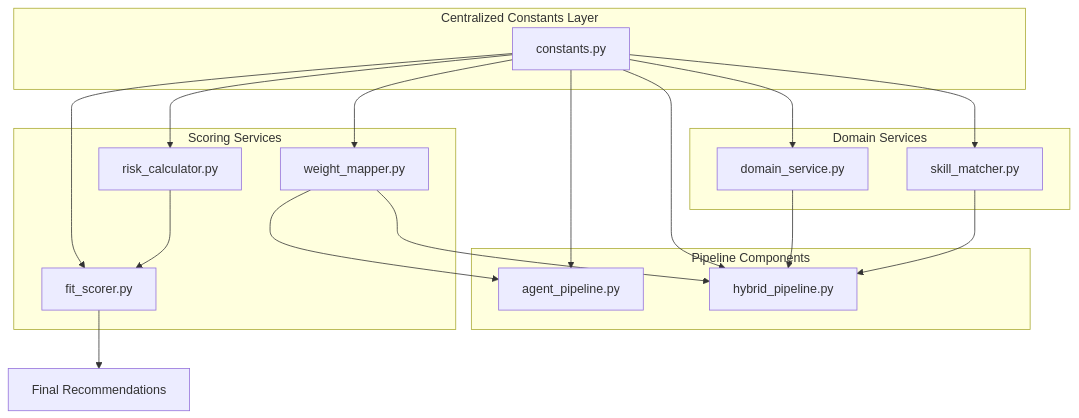
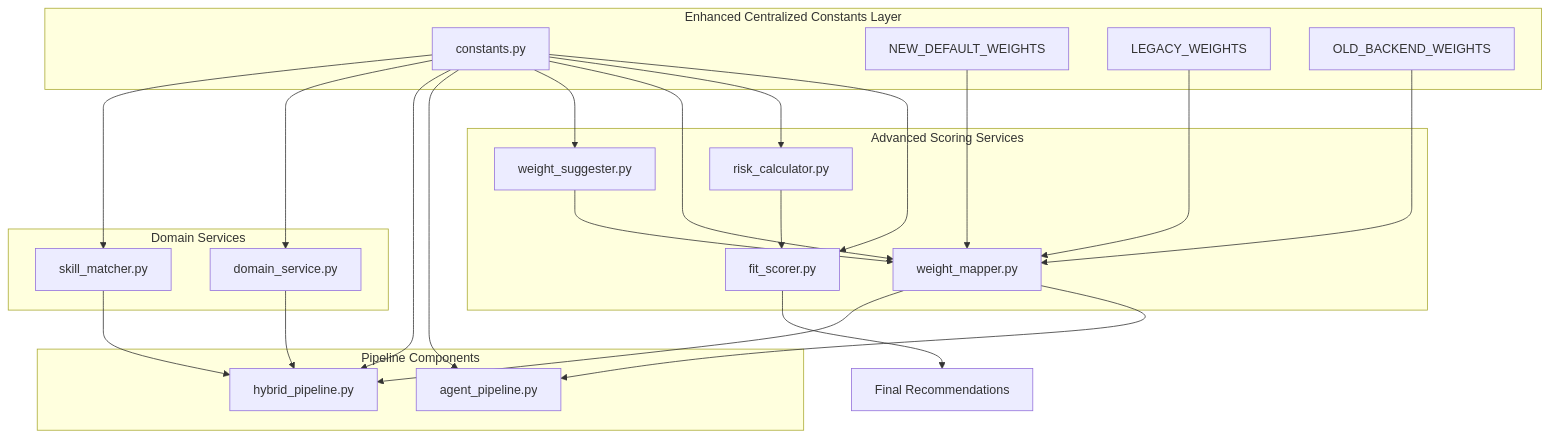
The second of 6 diagrams in .qoder/repowiki/en/content/Analysis Engine/Centralized Constants Module.md (Revanththetalogics/aireume), drawn with Mermaid before and after one commit. The commit also changed other lines of this file and 41 other files, not shown here.

````diff
--- a/.qoder/repowiki/en/content/Analysis Engine/Centralized Constants Module.md
+++ b/.qoder/repowiki/en/content/Analysis Engine/Centralized Constants Module.md
@@ -142,32 +152,41 @@
 ```mermaid
 graph TB
-subgraph "Centralized Constants Layer"
+subgraph "Enhanced Centralized Constants Layer"
 A[constants.py]
+B[NEW_DEFAULT_WEIGHTS]
+C[LEGACY_WEIGHTS]
+D[OLD_BACKEND_WEIGHTS]
 end
-subgraph "Scoring Services"
-B[fit_scorer.py]
-C[risk_calculator.py]
-D[weight_mapper.py]
+subgraph "Advanced Scoring Services"
+E[fit_scorer.py]
+F[risk_calculator.py]
+G[weight_mapper.py]
+H[weight_suggester.py]
 end
 subgraph "Pipeline Components"
-E[agent_pipeline.py]
-F[hybrid_pipeline.py]
+I[agent_pipeline.py]
+J[hybrid_pipeline.py]
 end
 subgraph "Domain Services"
-G[domain_service.py]
-H[skill_matcher.py]
+K[domain_service.py]
+L[skill_matcher.py]
 end
-A --> B
-A --> C
-A --> D
 A --> E
 A --> F
 A --> G
 A --> H
-B --> I[Final Recommendations]
-C --> B
-D --> E
-D --> F
-G --> F
-H --> F
+A --> I
+A --> J
+A --> K
+A --> L
+B --> G
+C --> G
+D --> G
+E --> M[Final Recommendations]
+F --> E
+G --> I
+G --> J
+H --> G
+K --> J
+L --> J
 ```
````
